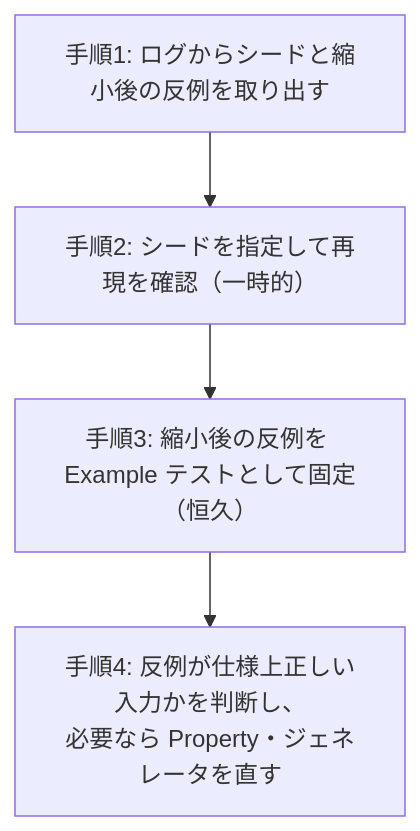
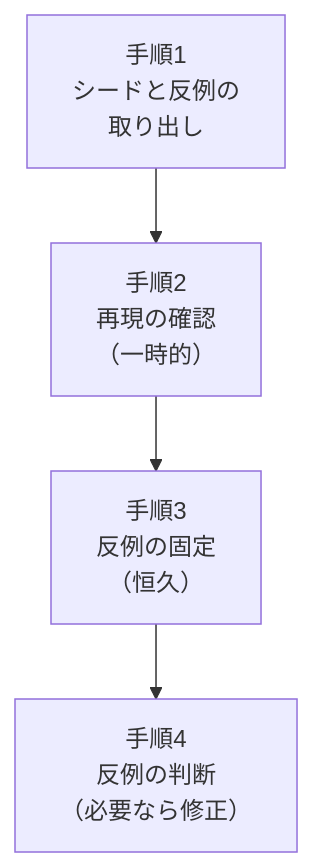
The diagram in docs/testing/02a-types-and-pbt.md (toshio-shiratori/harness-test-strategy), drawn with Mermaid before and after one commit. The commit also changed 5 other files, not shown here.

First line of the commit message:
docs: docs/testing の図で、ノード内の文字が GitHub 上で語の途中で折り返すのを直す (#210) (#220)

````diff
--- a/docs/testing/02a-types-and-pbt.md
+++ b/docs/testing/02a-types-and-pbt.md
@@ -162,6 +162,6 @@
 ```mermaid
 flowchart TD
-    A["手順1: ログからシードと縮小後の反例を取り出す"] --> B["手順2: シードを指定して再現を確認（一時的）"]
-    B --> C["手順3: 縮小後の反例を Example テストとして固定（恒久）"]
-    C --> D["手順4: 反例が仕様上正しい入力かを判断し、<br/>必要なら Property・ジェネレータを直す"]
+    A["手順1<br/>シードと反例の<br/>取り出し"] --> B["手順2<br/>再現の確認<br/>（一時的）"]
+    B --> C["手順3<br/>反例の固定<br/>（恒久）"]
+    C --> D["手順4<br/>反例の判断<br/>（必要なら修正）"]
 ```
````
